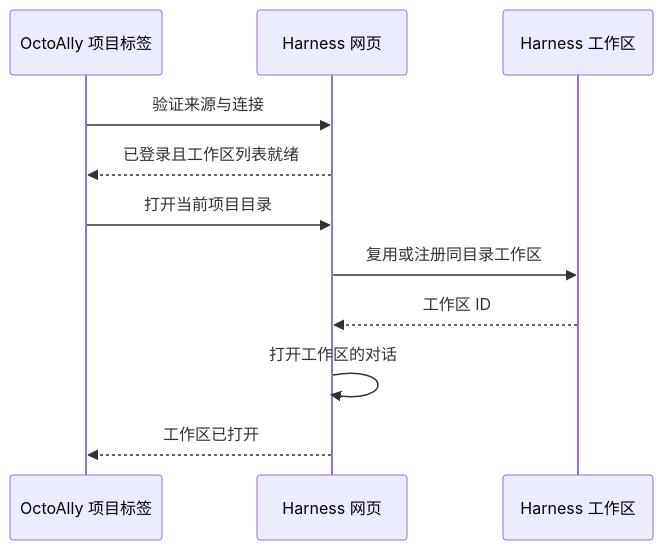
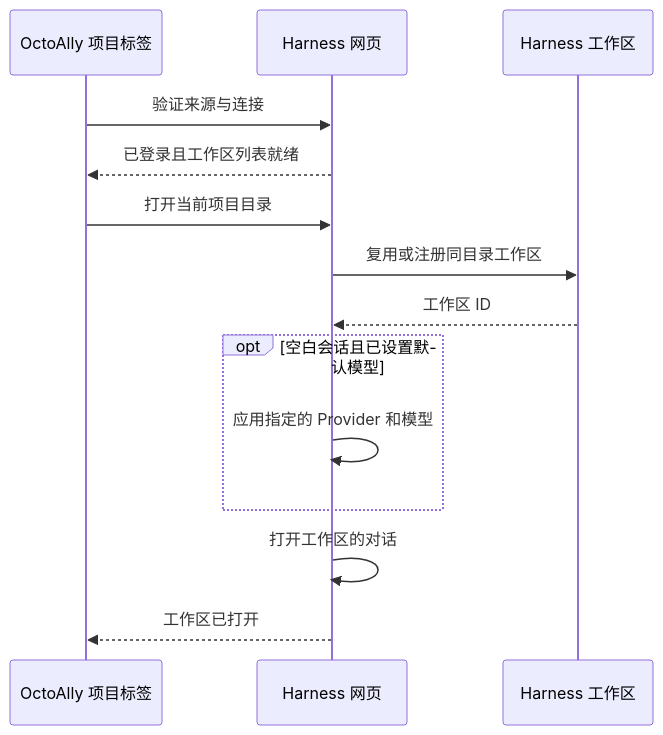
The diagram in docs/deepseek-harness-web.md (Poeagle/agentManager), drawn with Mermaid before and after one commit. The commit also changed other lines of this file and 12 other files, not shown here.

````diff
--- a/docs/deepseek-harness-web.md
+++ b/docs/deepseek-harness-web.md
@@ -7,13 +7,16 @@
 ```mermaid
 sequenceDiagram
     participant O as OctoAlly 项目标签
     participant H as Harness 网页
     participant D as Harness 工作区
     O->>H: 验证来源与连接
     H-->>O: 已登录且工作区列表就绪
     O->>H: 打开当前项目目录
     H->>D: 复用或注册同目录工作区
     D-->>H: 工作区 ID
+    opt 空白会话且已设置默认模型
+        H->>H: 应用指定的 Provider 和模型
+    end
     H->>H: 打开工作区的对话
     H-->>O: 工作区已打开
 ```
````
